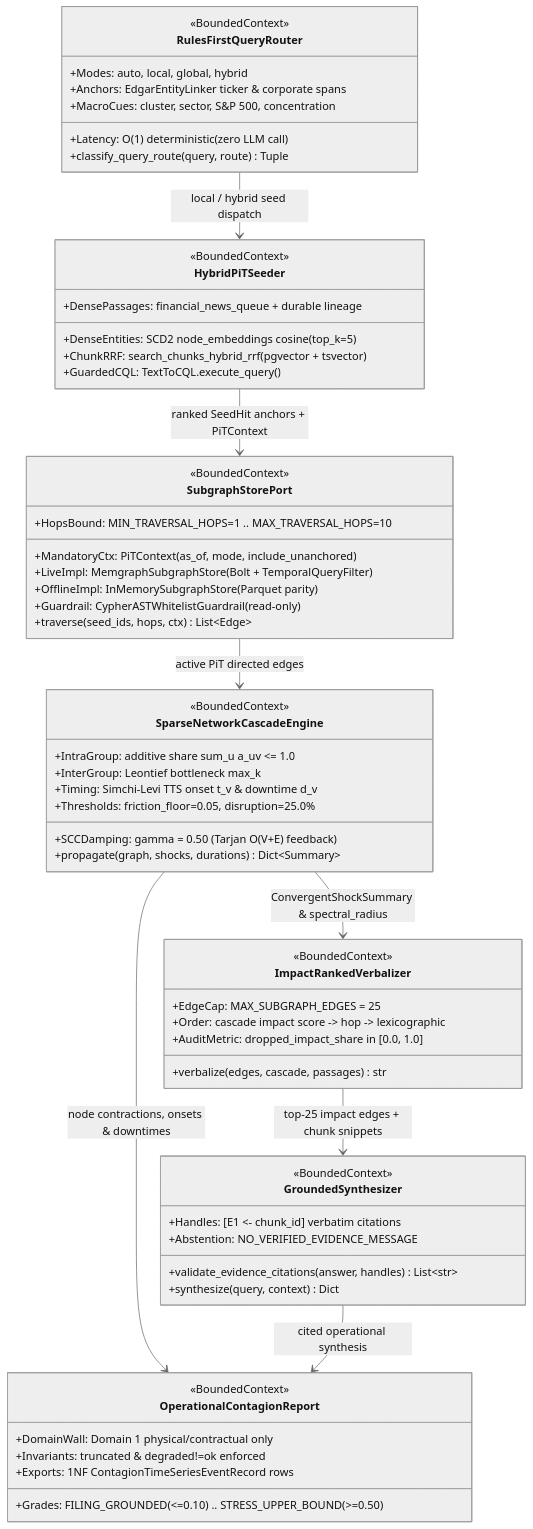
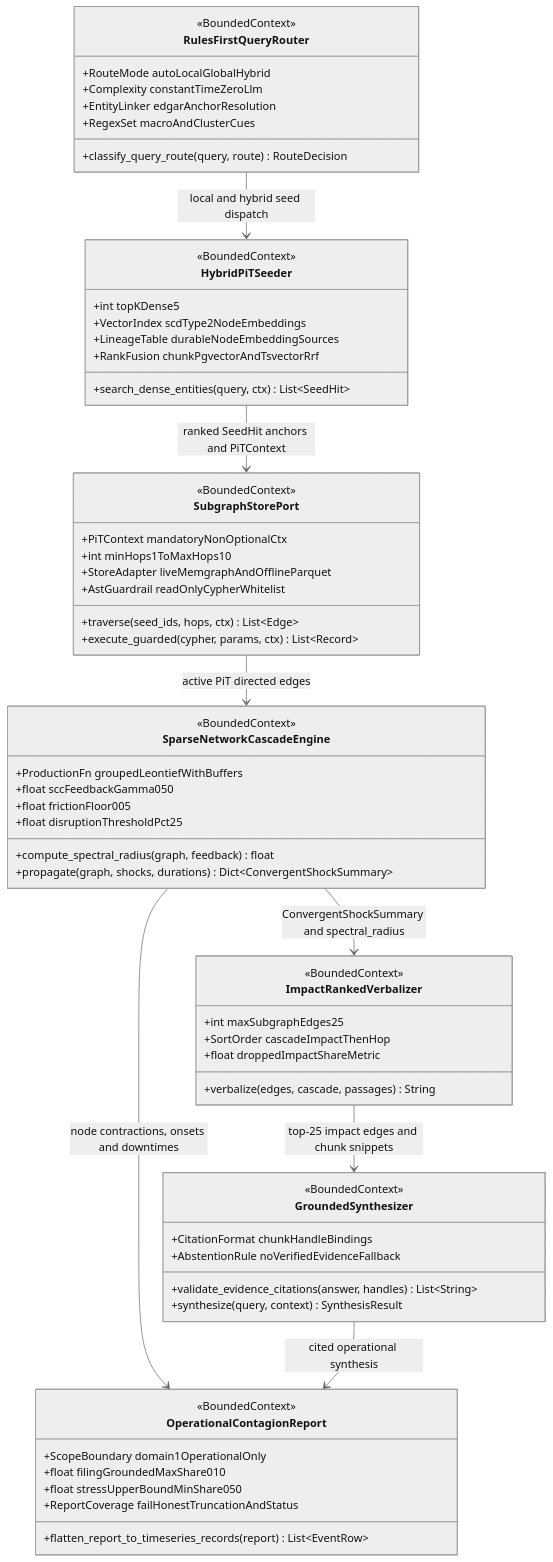
One commit to CamiloEmiliano/YarnBall changed the first of 4 diagrams in docs/technical-report/03-retrieval-contagion-and-reporting.md. Above: the diagram before and after it, drawn with Mermaid (neutral theme). The commit also changed other lines of this file and 6 other files, not shown here.

Commit message:
docs(technical-report): fix Mermaid rendering, Monograph numbering, notation, and Ch.0 layout

````diff
--- a/docs/technical-report/03-retrieval-contagion-and-reporting.md
+++ b/docs/technical-report/03-retrieval-contagion-and-reporting.md
@@ -17,73 +17,75 @@
 ```mermaid
 classDiagram
     direction TB
 
     class RulesFirstQueryRouter {
         <<BoundedContext>>
-        +Modes: auto, local, global, hybrid
-        +Latency: O(1) deterministic (zero LLM call)
-        +Anchors: EdgarEntityLinker ticker & corporate spans
-        +MacroCues: cluster, sector, S&P 500, concentration
-        +classify_query_route(query, route) Tuple
+        +RouteMode autoLocalGlobalHybrid
+        +Complexity constantTimeZeroLlm
+        +EntityLinker edgarAnchorResolution
+        +RegexSet macroAndClusterCues
+        +classify_query_route(query, route) RouteDecision
     }
 
     class SubgraphStorePort {
         <<BoundedContext>>
-        +MandatoryCtx: PiTContext(as_of, mode, include_unanchored)
-        +HopsBound: MIN_TRAVERSAL_HOPS=1 .. MAX_TRAVERSAL_HOPS=10
-        +LiveImpl: MemgraphSubgraphStore (Bolt + TemporalQueryFilter)
-        +OfflineImpl: InMemorySubgraphStore (Parquet parity)
-        +Guardrail: CypherASTWhitelistGuardrail (read-only)
+        +PiTContext mandatoryNonOptionalCtx
+        +int minHops1ToMaxHops10
+        +StoreAdapter liveMemgraphAndOfflineParquet
+        +AstGuardrail readOnlyCypherWhitelist
         +traverse(seed_ids, hops, ctx) List~Edge~
+        +execute_guarded(cypher, params, ctx) List~Record~
     }
 
     class HybridPiTSeeder {
         <<BoundedContext>>
-        +DenseEntities: SCD2 node_embeddings cosine (top_k=5)
-        +DensePassages: financial_news_queue + durable lineage
-        +ChunkRRF: search_chunks_hybrid_rrf (pgvector + tsvector)
-        +GuardedCQL: TextToCQL.execute_query()
+        +int topKDense5
+        +VectorIndex scdType2NodeEmbeddings
+        +LineageTable durableNodeEmbeddingSources
+        +RankFusion chunkPgvectorAndTsvectorRrf
+        +search_dense_entities(query, ctx) List~SeedHit~
     }
 
     class SparseNetworkCascadeEngine {
         <<BoundedContext>>
-        +IntraGroup: additive share sum_u a_uv <= 1.0
-        +InterGroup: Leontief bottleneck max_k
-        +SCCDamping: gamma = 0.50 (Tarjan O(V+E) feedback)
-        +Timing: Simchi-Levi TTS onset t_v & downtime d_v
-        +Thresholds: friction_floor=0.05, disruption=25.0%
-        +propagate(graph, shocks, durations) Dict~Summary~
+        +ProductionFn groupedLeontiefWithBuffers
+        +float sccFeedbackGamma050
+        +float frictionFloor005
+        +float disruptionThresholdPct25
+        +compute_spectral_radius(graph, feedback) float
+        +propagate(graph, shocks, durations) Dict~ConvergentShockSummary~
     }
 
     class ImpactRankedVerbalizer {
         <<BoundedContext>>
-        +EdgeCap: MAX_SUBGRAPH_EDGES = 25
-        +Order: cascade impact score -> hop -> lexicographic
-        +AuditMetric: dropped_impact_share in [0.0, 1.0]
-        +verbalize(edges, cascade, passages) str
+        +int maxSubgraphEdges25
+        +SortOrder cascadeImpactThenHop
+        +float droppedImpactShareMetric
+        +verbalize(edges, cascade, passages) String
     }
 
     class GroundedSynthesizer {
         <<BoundedContext>>
-        +Handles: [E1 <- chunk_id] verbatim citations
-        +Abstention: NO_VERIFIED_EVIDENCE_MESSAGE
-        +validate_evidence_citations(answer, handles) List~str~
-        +synthesize(query, context) Dict
+        +CitationFormat chunkHandleBindings
+        +AbstentionRule noVerifiedEvidenceFallback
+        +validate_evidence_citations(answer, handles) List~String~
+        +synthesize(query, context) SynthesisResult
     }
 
     class OperationalContagionReport {
         <<BoundedContext>>
-        +DomainWall: Domain 1 physical/contractual only
-        +Grades: FILING_GROUNDED(<=0.10) .. STRESS_UPPER_BOUND(>=0.50)
-        +Invariants: truncated & degraded!=ok enforced
-        +Exports: 1NF ContagionTimeSeriesEventRecord rows
+        +ScopeBoundary domain1OperationalOnly
+        +float filingGroundedMaxShare010
+        +float stressUpperBoundMinShare050
+        +ReportCoverage failHonestTruncationAndStatus
+        +flatten_report_to_timeseries_records(report) List~EventRow~
     }
 
-    RulesFirstQueryRouter --> HybridPiTSeeder : local / hybrid seed dispatch
-    HybridPiTSeeder --> SubgraphStorePort : ranked SeedHit anchors + PiTContext
+    RulesFirstQueryRouter --> HybridPiTSeeder : local and hybrid seed dispatch
+    HybridPiTSeeder --> SubgraphStorePort : ranked SeedHit anchors and PiTContext
     SubgraphStorePort --> SparseNetworkCascadeEngine : active PiT directed edges
-    SparseNetworkCascadeEngine --> ImpactRankedVerbalizer : ConvergentShockSummary & spectral_radius
-    ImpactRankedVerbalizer --> GroundedSynthesizer : top-25 impact edges + chunk snippets
-    SparseNetworkCascadeEngine --> OperationalContagionReport : node contractions, onsets & downtimes
+    SparseNetworkCascadeEngine --> ImpactRankedVerbalizer : ConvergentShockSummary and spectral_radius
+    ImpactRankedVerbalizer --> GroundedSynthesizer : top-25 impact edges and chunk snippets
+    SparseNetworkCascadeEngine --> OperationalContagionReport : node contractions, onsets and downtimes
     GroundedSynthesizer --> OperationalContagionReport : cited operational synthesis
 ```
````
